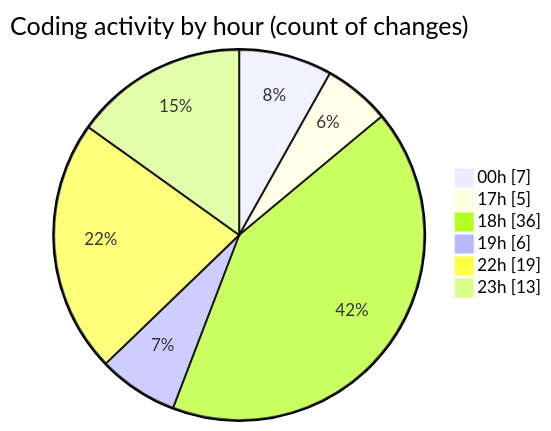
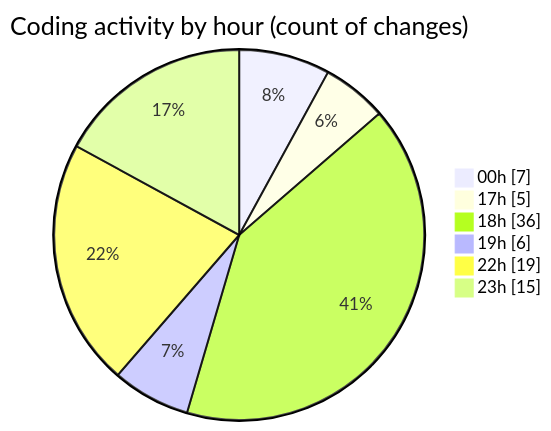
The second of 2 diagrams in 2025-05-25/elitesun/README.md (Elitesun/code-tracking), drawn with Mermaid before and after one commit. The commit also changed other lines of this file and 1 other file, not shown here.

````diff
--- a/2025-05-25/elitesun/README.md
+++ b/2025-05-25/elitesun/README.md
@@ -43,10 +43,10 @@
 ```mermaid
 pie showData
 title Coding activity by hour (count of changes)
 "00h" : 7
 "17h" : 5
 "18h" : 36
 "19h" : 6
 "22h" : 19
-"23h" : 13
+"23h" : 15
 ```
````
